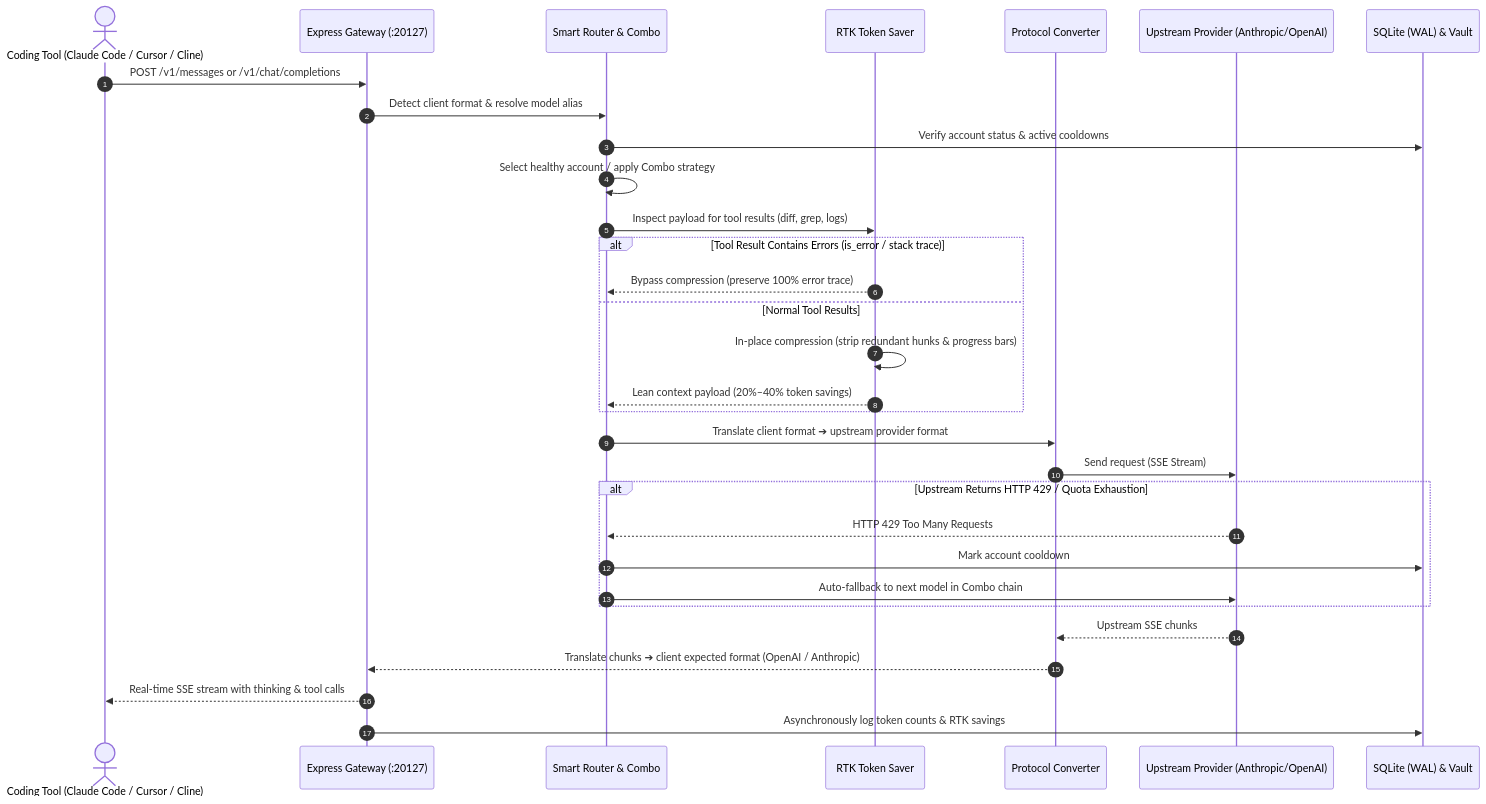
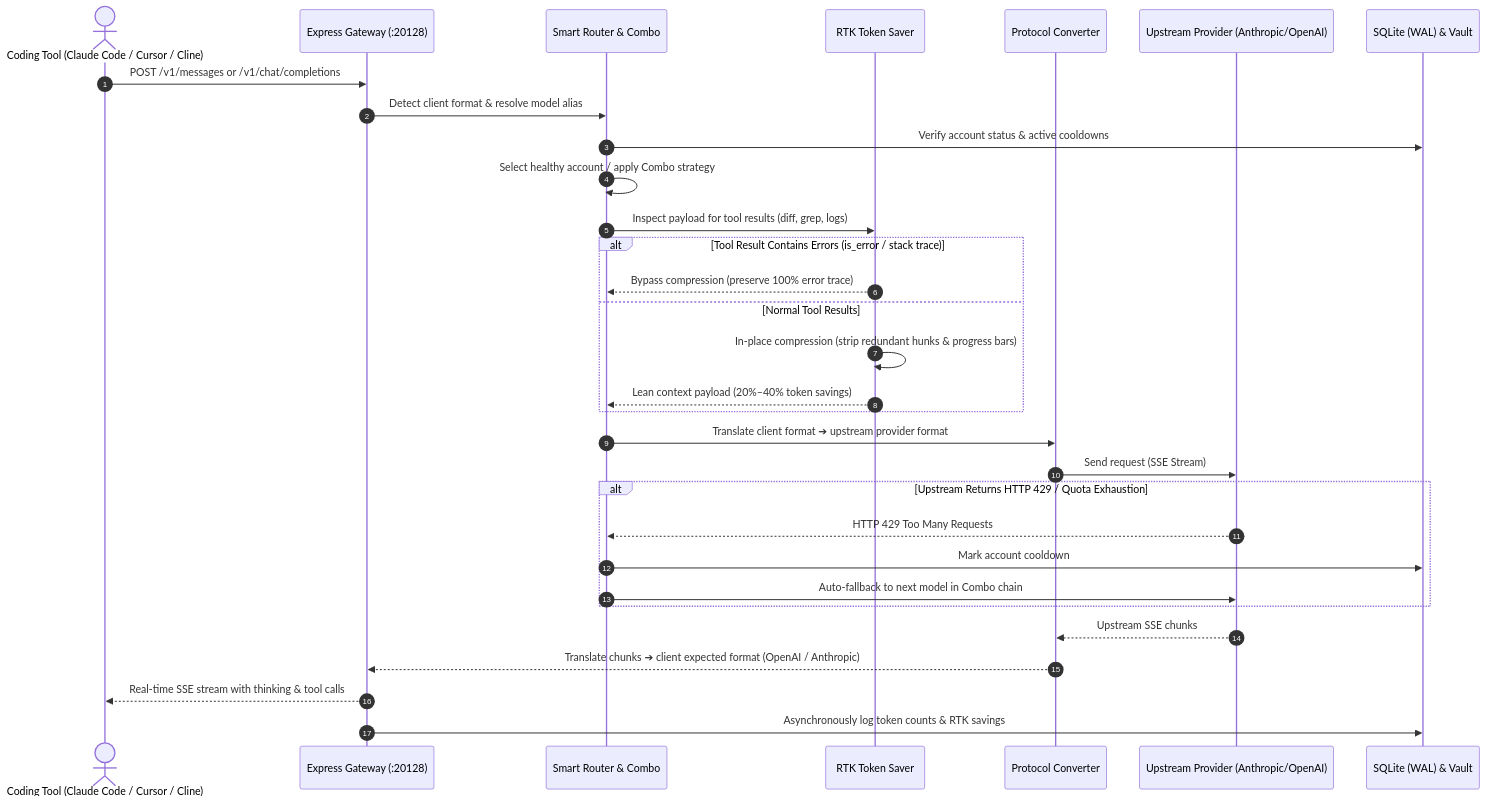
One commit to joutvhu/mapigate changed the second of 4 diagrams in docs/ARCHITECTURE.md. Above: the diagram before and after it, drawn with Mermaid. The commit also changed other lines of this file and 68 other files, not shown here.

````diff
--- a/docs/ARCHITECTURE.md
+++ b/docs/ARCHITECTURE.md
@@ -74,34 +74,34 @@
 ```mermaid
 sequenceDiagram
     autonumber
     actor Client as Coding Tool (Claude Code / Cursor / Cline)
-    participant Gateway as Express Gateway (:20127)
+    participant Gateway as Express Gateway (:20128)
     participant Router as Smart Router & Combo
     participant RTK as RTK Token Saver
     participant Adapter as Protocol Converter
     participant Provider as Upstream Provider (Anthropic/OpenAI)
     participant Storage as SQLite (WAL) & Vault
 
     Client->>Gateway: POST /v1/messages or /v1/chat/completions
     Gateway->>Router: Detect client format & resolve model alias
     Router->>Storage: Verify account status & active cooldowns
     Router->>Router: Select healthy account / apply Combo strategy
     Router->>RTK: Inspect payload for tool results (diff, grep, logs)
     alt Tool Result Contains Errors (is_error / stack trace)
         RTK-->>Router: Bypass compression (preserve 100% error trace)
     else Normal Tool Results
         RTK->>RTK: In-place compression (strip redundant hunks & progress bars)
         RTK-->>Router: Lean context payload (20%–40% token savings)
     end
     Router->>Adapter: Translate client format ➔ upstream provider format
     Adapter->>Provider: Send request (SSE Stream)
     alt Upstream Returns HTTP 429 / Quota Exhaustion
         Provider-->>Router: HTTP 429 Too Many Requests
         Router->>Storage: Mark account cooldown
         Router->>Provider: Auto-fallback to next model in Combo chain
     end
     Provider-->>Adapter: Upstream SSE chunks
     Adapter-->>Gateway: Translate chunks ➔ client expected format (OpenAI / Anthropic)
     Gateway-->>Client: Real-time SSE stream with thinking & tool calls
     Gateway->>Storage: Asynchronously log token counts & RTK savings
 ```
````
